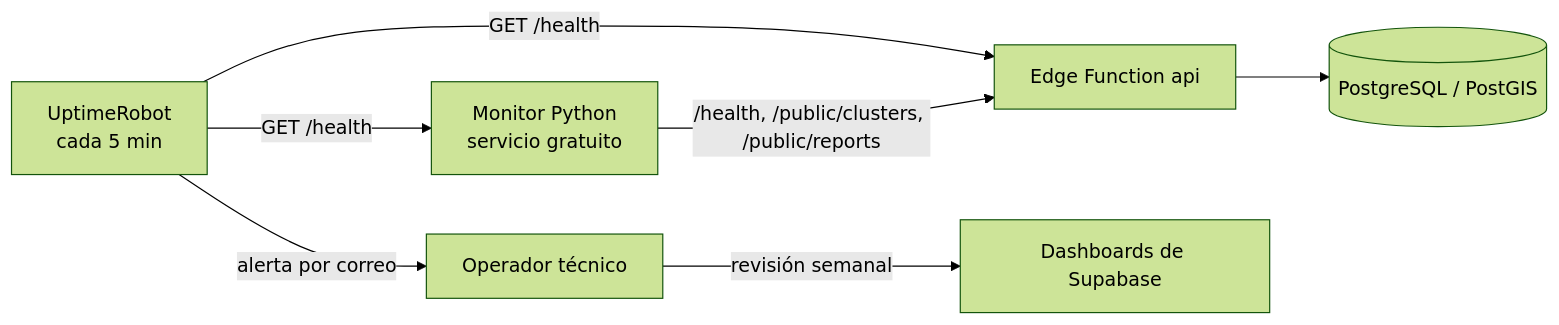
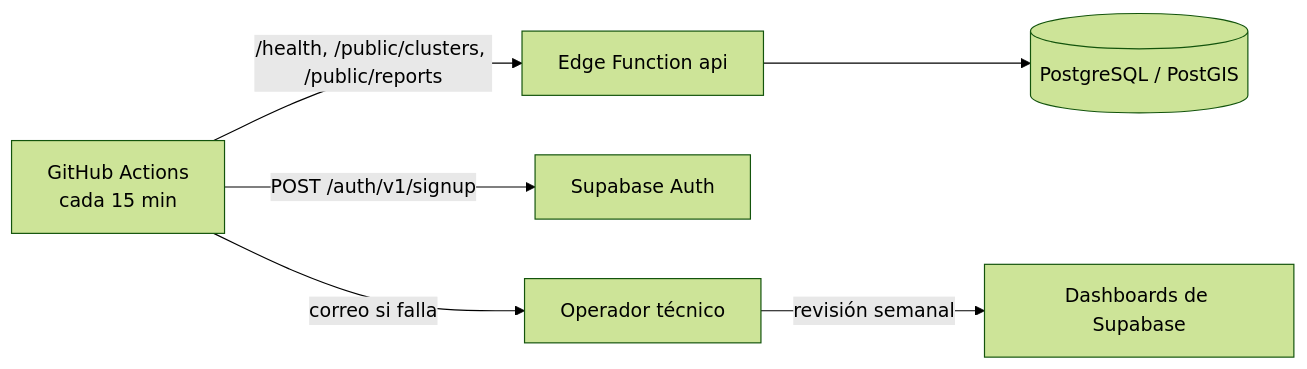
One commit to CardozoPapaDelAme/dog_report_app changed the diagram in docs/deployment/MONITORING.md. Above: the diagram before and after it, drawn with Mermaid (forest theme). The commit also changed other lines of this file and 6 other files, not shown here.

````diff
--- a/docs/deployment/MONITORING.md
+++ b/docs/deployment/MONITORING.md
@@ -21,9 +23,8 @@
 ```mermaid
 flowchart LR
-  UR[UptimeRobot<br/>cada 5 min] -->|GET /health| API[Edge Function api]
-  UR -->|GET /health| PY[Monitor Python<br/>servicio gratuito]
-  PY -->|/health, /public/clusters, /public/reports| API
+  GH[GitHub Actions<br/>cada 15 min] -->|/health, /public/clusters, /public/reports| API[Edge Function api]
+  GH -->|POST /auth/v1/signup| AUTH[Supabase Auth]
   API --> DB[(PostgreSQL / PostGIS)]
-  UR -->|alerta por correo| OP[Operador técnico]
+  GH -->|correo si falla| OP[Operador técnico]
   OP -->|revisión semanal| DASH[Dashboards de Supabase]
 ```
````
